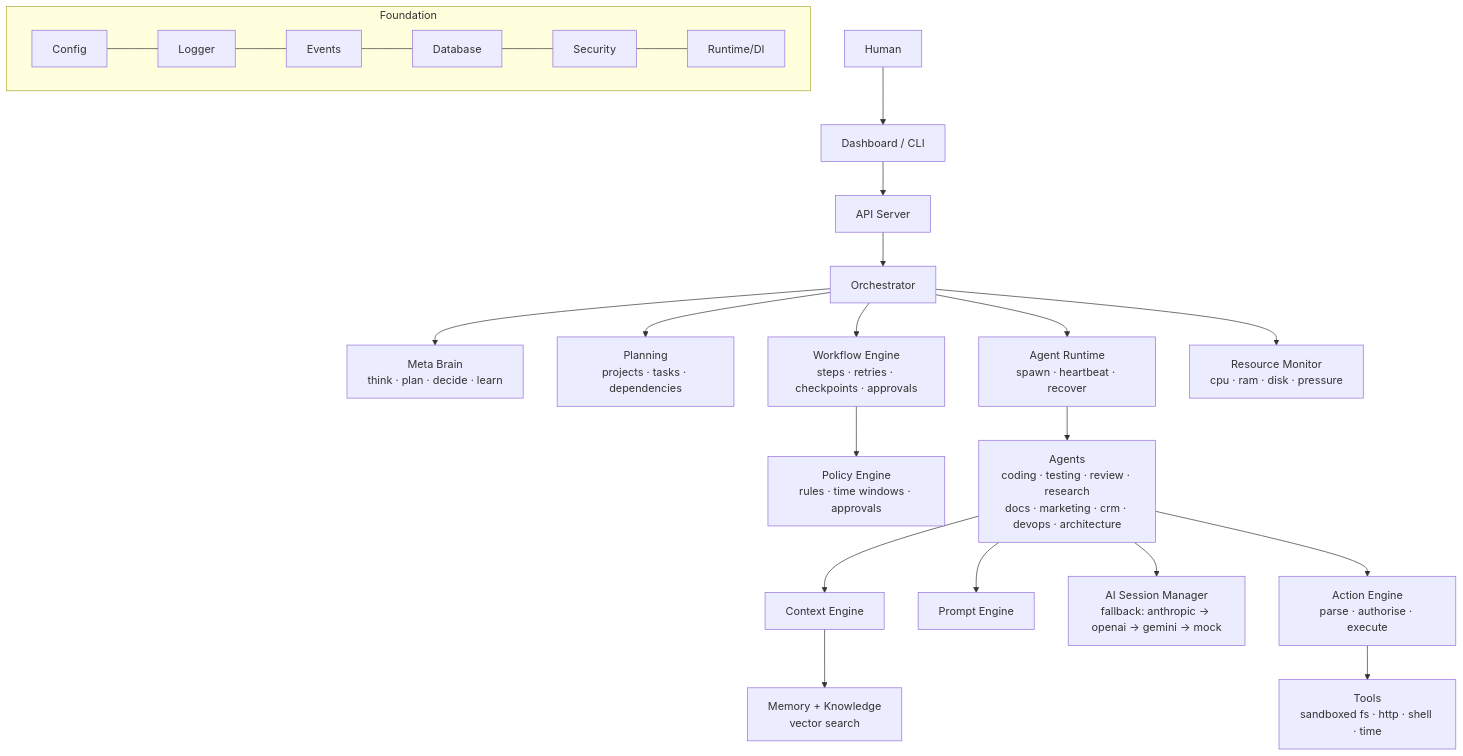
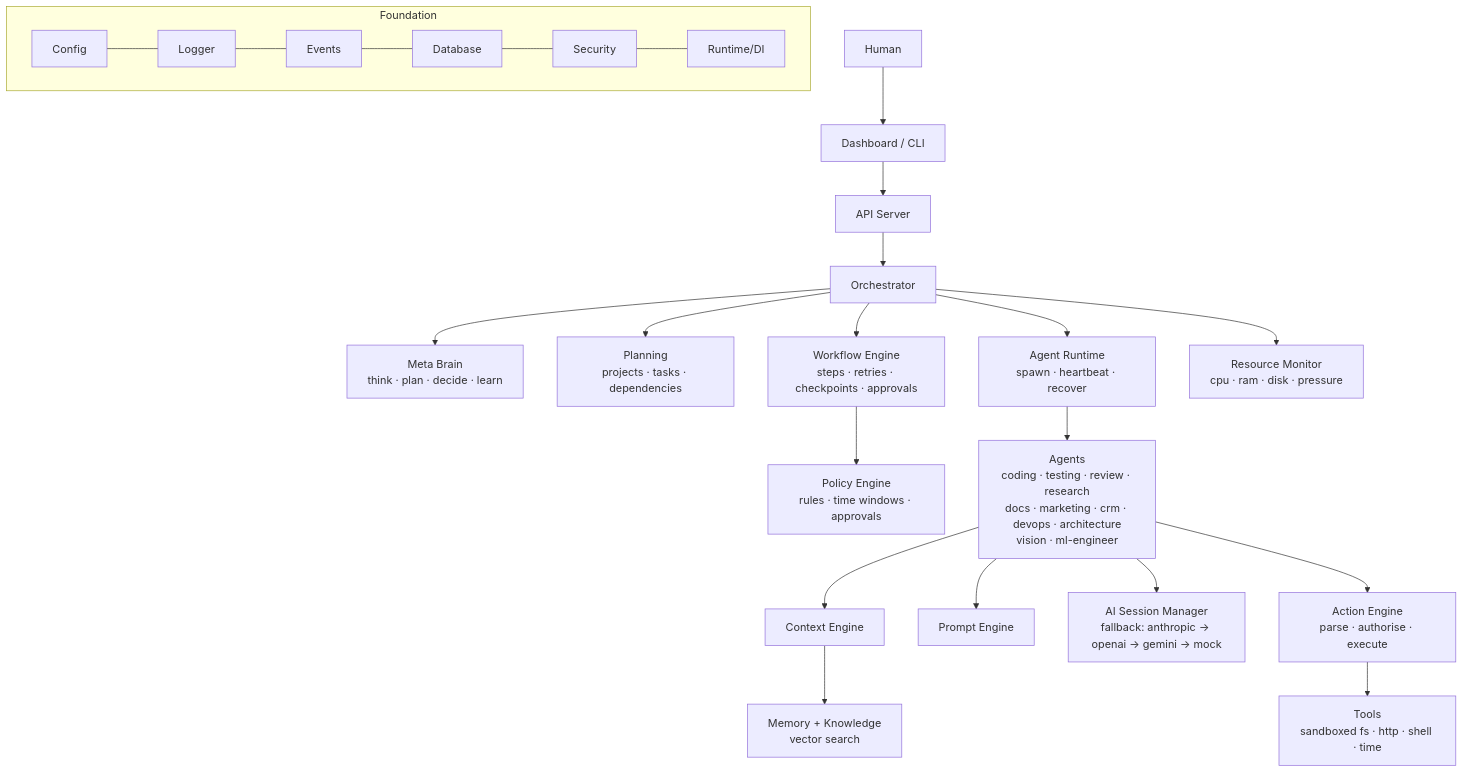
One commit to hussaintmg/MegaAI changed the diagram in README.md. Above: the diagram before and after it, drawn with Mermaid. The commit also changed other lines of this file and 19 other files, not shown here.

````diff
--- a/README.md
+++ b/README.md
@@ -45,22 +45,22 @@
 ```mermaid
 flowchart TB
     H[Human] --> D[Dashboard / CLI]
     D --> API[API Server]
     API --> ORC[Orchestrator]
     ORC --> MB[Meta Brain<br/>think · plan · decide · learn]
     ORC --> PLN[Planning<br/>projects · tasks · dependencies]
     ORC --> WF[Workflow Engine<br/>steps · retries · checkpoints · approvals]
     WF --> POL[Policy Engine<br/>rules · time windows · approvals]
     ORC --> AR[Agent Runtime<br/>spawn · heartbeat · recover]
-    AR --> AG[Agents<br/>coding · testing · review · research<br/>docs · marketing · crm · devops · architecture]
+    AR --> AG[Agents<br/>coding · testing · review · research<br/>docs · marketing · crm · devops · architecture<br/>vision · ml-engineer]
     AG --> CTX[Context Engine] --> MEM[Memory + Knowledge<br/>vector search]
     AG --> PR[Prompt Engine]
     AG --> AI[AI Session Manager<br/>fallback: anthropic → openai → gemini → mock]
     AG --> ACT[Action Engine<br/>parse · authorise · execute]
     ACT --> TL[Tools<br/>sandboxed fs · http · shell · time]
     ORC --> RES[Resource Monitor<br/>cpu · ram · disk · pressure]
     subgraph Foundation
       direction LR
       CFG[Config] --- LOG[Logger] --- EVT[Events] --- DB[Database] --- SEC[Security] --- RT[Runtime/DI]
     end
 ```
````
